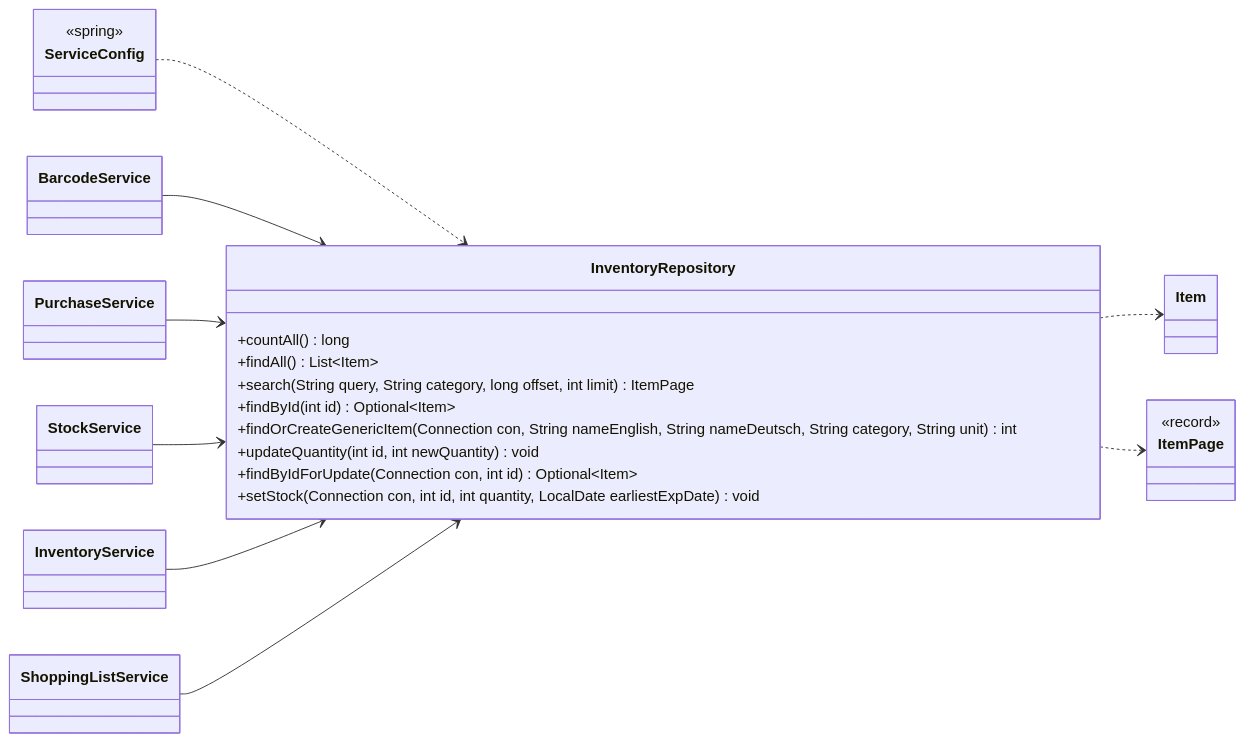
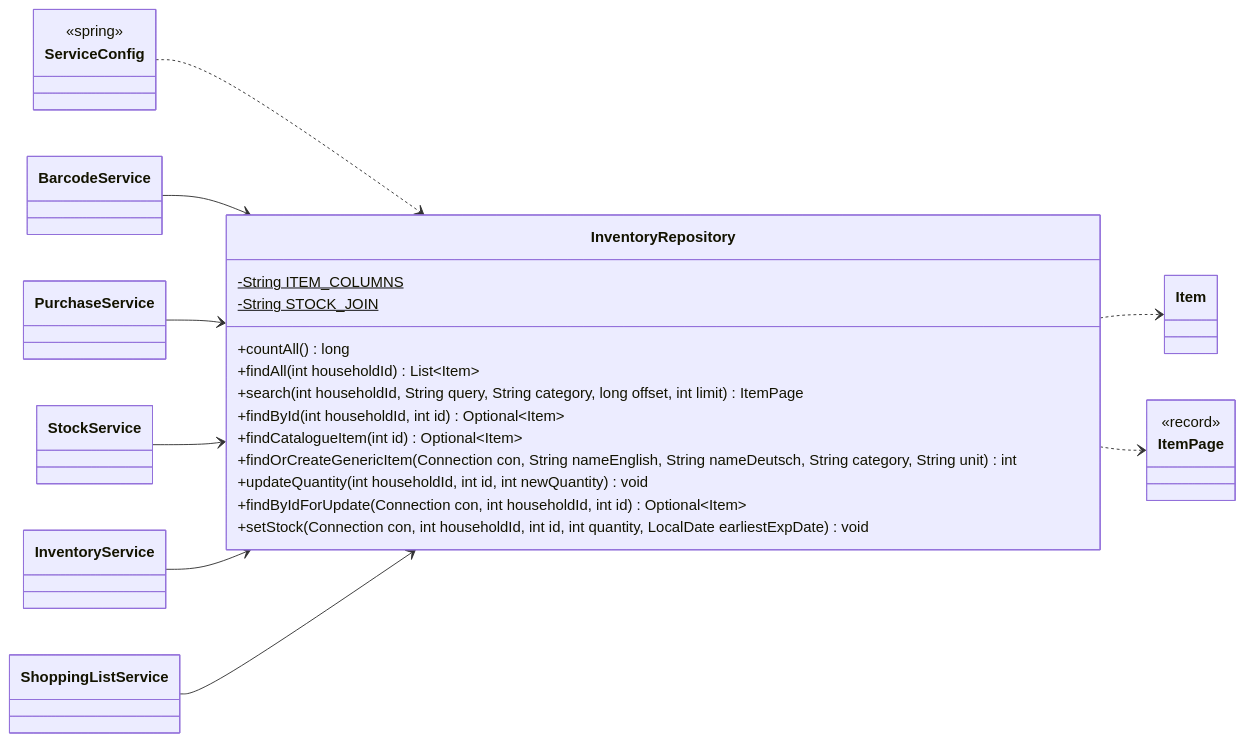
One commit to Nate-ryan-7690/dahaem changed the second of 5 diagrams in docs/classes/inventory.md. Above: the diagram before and after it, drawn with Mermaid. The commit also changed other lines of this file and 5 other files, not shown here.

````diff
--- a/docs/classes/inventory.md
+++ b/docs/classes/inventory.md
@@ -44,34 +44,37 @@
 ```mermaid
 classDiagram
     direction LR
     class inventory_InventoryRepository["InventoryRepository"] {
+        -String ITEM_COLUMNS$
+        -String STOCK_JOIN$
         +countAll() long
-        +findAll() List~Item~
-        +search(String query, String category, long offset, int limit) ItemPage
-        +findById(int id) Optional~Item~
+        +findAll(int householdId) List~Item~
+        +search(int householdId, String query, String category, long offset, int limit) ItemPage
+        +findById(int householdId, int id) Optional~Item~
+        +findCatalogueItem(int id) Optional~Item~
         +findOrCreateGenericItem(Connection con, String nameEnglish, String nameDeutsch, String category, String unit) int
-        +updateQuantity(int id, int newQuantity) void
-        +findByIdForUpdate(Connection con, int id) Optional~Item~
-        +setStock(Connection con, int id, int quantity, LocalDate earliestExpDate) void
+        +updateQuantity(int householdId, int id, int newQuantity) void
+        +findByIdForUpdate(Connection con, int householdId, int id) Optional~Item~
+        +setStock(Connection con, int householdId, int id, int quantity, LocalDate earliestExpDate) void
     }
     class barcode_BarcodeService["BarcodeService"]
     class finance_PurchaseService["PurchaseService"]
     class finance_StockService["StockService"]
     class inventory_InventoryService["InventoryService"]
     class shopping_ShoppingListService["ShoppingListService"]
     class inventory_Item["Item"]
     class inventory_ItemPage["ItemPage"] {
         <<record>>
     }
     class api_ServiceConfig["ServiceConfig"] {
         <<spring>>
     }
     inventory_InventoryRepository ..> inventory_Item
     inventory_InventoryRepository ..> inventory_ItemPage
     api_ServiceConfig ..> inventory_InventoryRepository
     barcode_BarcodeService --> inventory_InventoryRepository
     finance_PurchaseService --> inventory_InventoryRepository
     finance_StockService --> inventory_InventoryRepository
     inventory_InventoryService --> inventory_InventoryRepository
     shopping_ShoppingListService --> inventory_InventoryRepository
 ```
````
